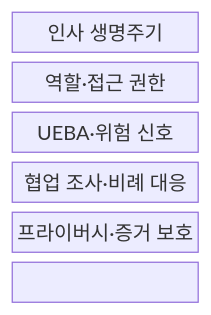
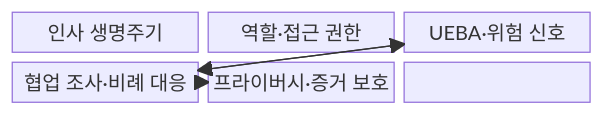
Before and after one commit to agnusdei1207/knowledge-base: the first of 2 diagrams in src/content/docs/notes/05-security/113_insider_threat_management.md, drawn with Mermaid. The commit also changed other lines of this file and 20 other files, not shown here.

````diff
--- a/src/content/docs/notes/05-security/113_insider_threat_management.md
+++ b/src/content/docs/notes/05-security/113_insider_threat_management.md
@@ -51,11 +51,13 @@
 ```mermaid
-block-beta
-  columns 1
+block
+  columns 3
   H["인사 생명주기"]
   R["역할·접근 권한"]
   B["UEBA·위험 신호"]
   I["협업 조사·비례 대응"]
   P["프라이버시·증거 보호"]
-  H --- R --- B
-  B --- I --- P
+  H --> R --> B
+  B --> I
+  P --> I
+  I --> B
 ```
````
